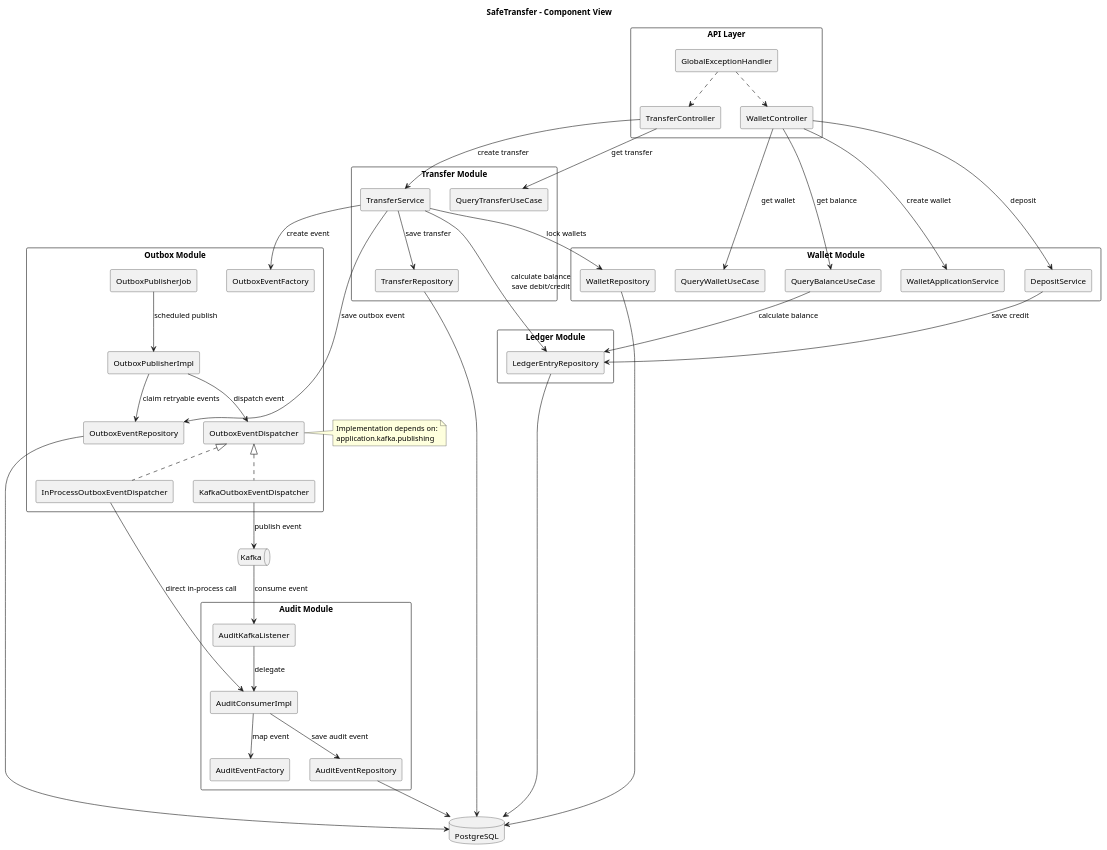
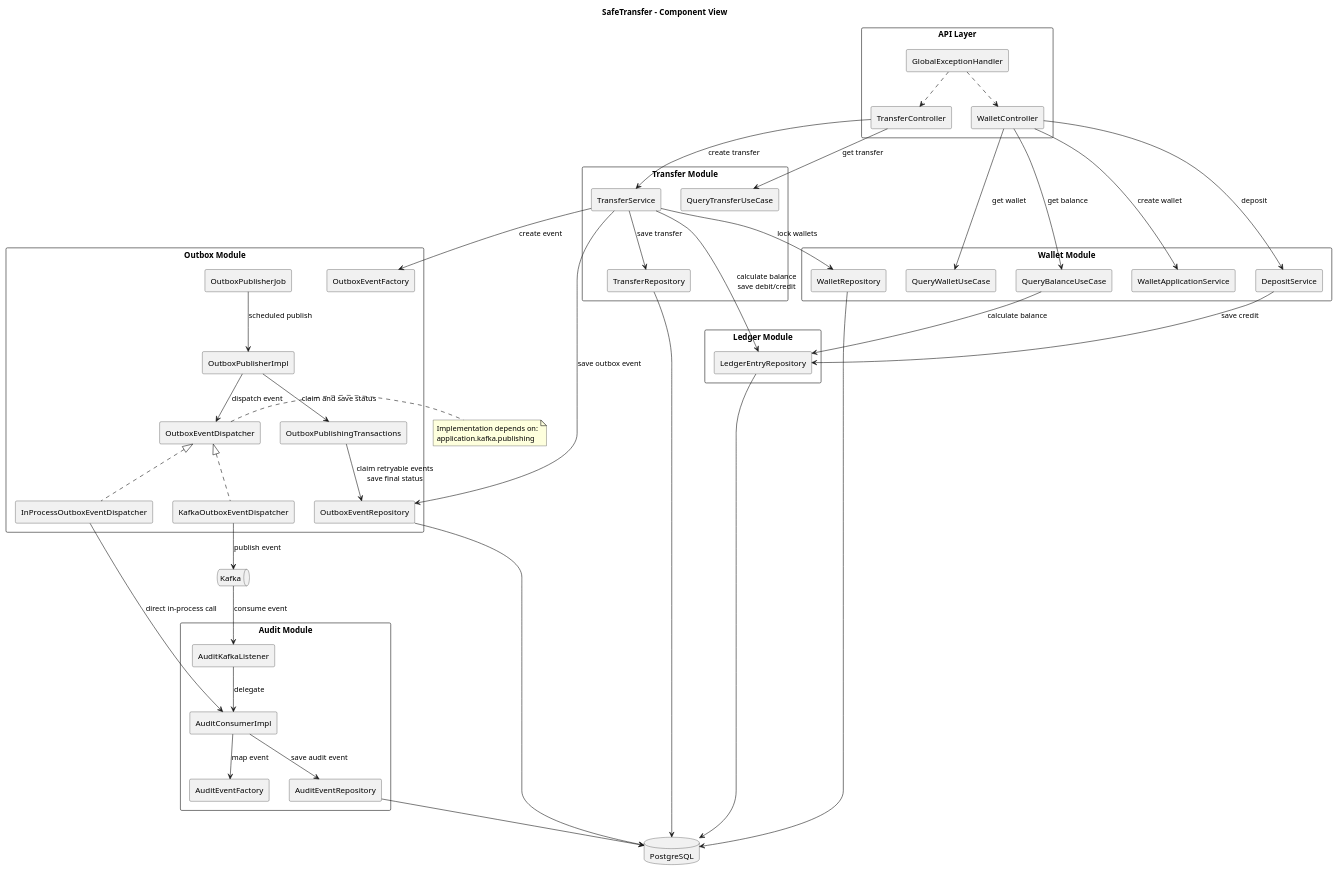
Before and after one commit to ngnowak/safe-transfer: the diagram in architecture/component-view.puml, drawn with PlantUML. The commit also changed 6 other files, not shown here.

```diff
--- a/architecture/component-view.puml
+++ b/architecture/component-view.puml
@@ -1,95 +1,97 @@
 @startuml SafeTransfer Component View
 title SafeTransfer - Component View
 
 skinparam shadowing false
 skinparam componentStyle rectangle
 skinparam packageStyle rectangle
 
 package "API Layer" {
   [WalletController] as WalletController
   [TransferController] as TransferController
   [GlobalExceptionHandler] as GlobalExceptionHandler
 }
 
 package "Wallet Module" {
   [WalletApplicationService] as WalletService
   [DepositService] as DepositService
   [QueryWalletUseCase] as QueryWallet
   [QueryBalanceUseCase] as QueryBalance
   [WalletRepository] as WalletRepository
 }
 
 package "Transfer Module" {
   [TransferService] as TransferService
   [QueryTransferUseCase] as QueryTransfer
   [TransferRepository] as TransferRepository
 }
 
 package "Ledger Module" {
   [LedgerEntryRepository] as LedgerRepository
 }
 
 package "Outbox Module" {
   [OutboxEventFactory] as OutboxFactory
   [OutboxPublisherJob] as PublisherJob
   [OutboxPublisherImpl] as Publisher
+  [OutboxPublishingTransactions] as PublisherTransactions
   [OutboxEventDispatcher] as Dispatcher
   [InProcessOutboxEventDispatcher] as InProcessDispatcher
   [KafkaOutboxEventDispatcher] as KafkaDispatcher
   [OutboxEventRepository] as OutboxRepository
 }
 
 package "Audit Module" {
   [AuditKafkaListener] as AuditKafkaListener
   [AuditConsumerImpl] as AuditConsumer
   [AuditEventFactory] as AuditFactory
   [AuditEventRepository] as AuditRepository
 }
 
 database "PostgreSQL" as Db
 queue "Kafka" as Kafka
 
 WalletController --> WalletService : create wallet
 WalletController --> QueryWallet : get wallet
 WalletController --> QueryBalance : get balance
 WalletController --> DepositService : deposit
 
 TransferController --> TransferService : create transfer
 TransferController --> QueryTransfer : get transfer
 
 TransferService --> WalletRepository : lock wallets
 TransferService --> LedgerRepository : calculate balance\nsave debit/credit
 TransferService --> TransferRepository : save transfer
 TransferService --> OutboxFactory : create event
 TransferService --> OutboxRepository : save outbox event
 
 QueryBalance --> LedgerRepository : calculate balance
 DepositService --> LedgerRepository : save credit
 
 PublisherJob --> Publisher : scheduled publish
-Publisher --> OutboxRepository : claim retryable events
+Publisher --> PublisherTransactions : claim and save status
+PublisherTransactions --> OutboxRepository : claim retryable events\nsave final status
 Publisher --> Dispatcher : dispatch event
 Dispatcher <|.. InProcessDispatcher
 Dispatcher <|.. KafkaDispatcher
 InProcessDispatcher --> AuditConsumer : direct in-process call
 KafkaDispatcher --> Kafka : publish event
 Kafka --> AuditKafkaListener : consume event
 AuditKafkaListener --> AuditConsumer : delegate
 AuditConsumer --> AuditFactory : map event
 AuditConsumer --> AuditRepository : save audit event
 
 WalletRepository --> Db
 TransferRepository --> Db
 LedgerRepository --> Db
 OutboxRepository --> Db
 AuditRepository --> Db
 
 GlobalExceptionHandler ..> WalletController
 GlobalExceptionHandler ..> TransferController
 
 note right of Dispatcher
   Implementation depends on:
   application.kafka.publishing
 end note
 
 @enduml
```
